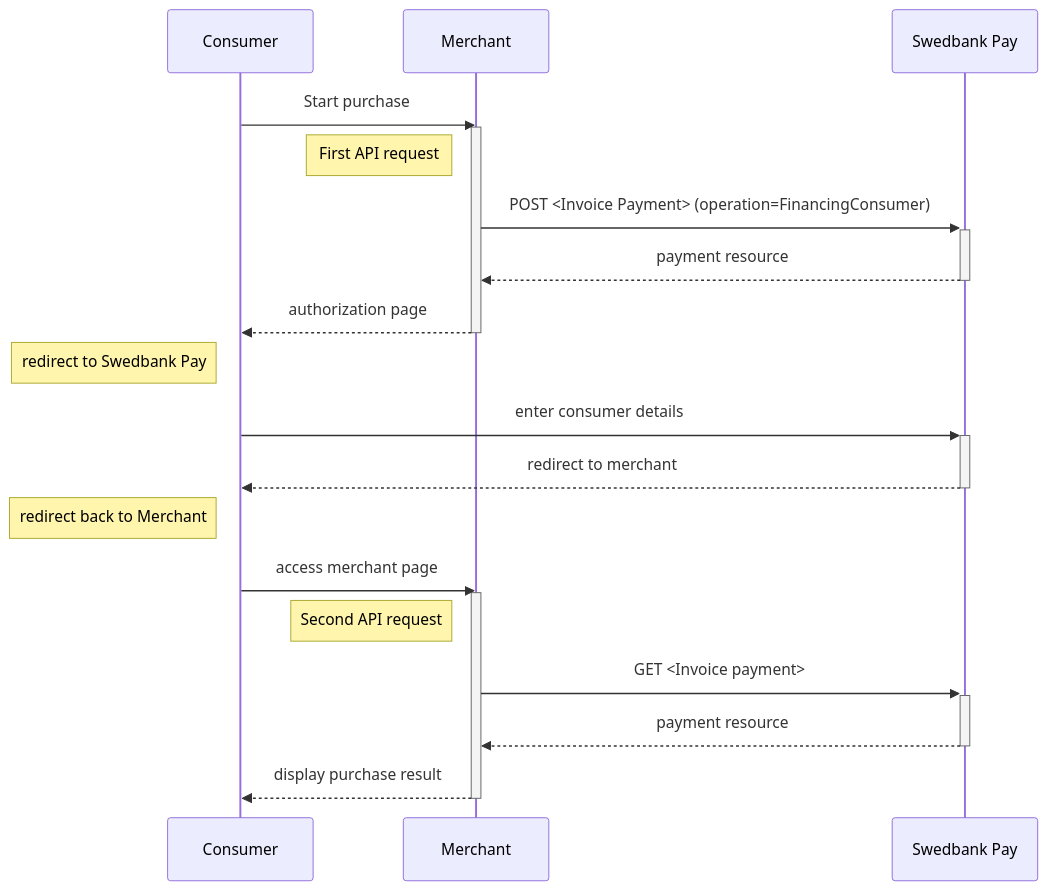
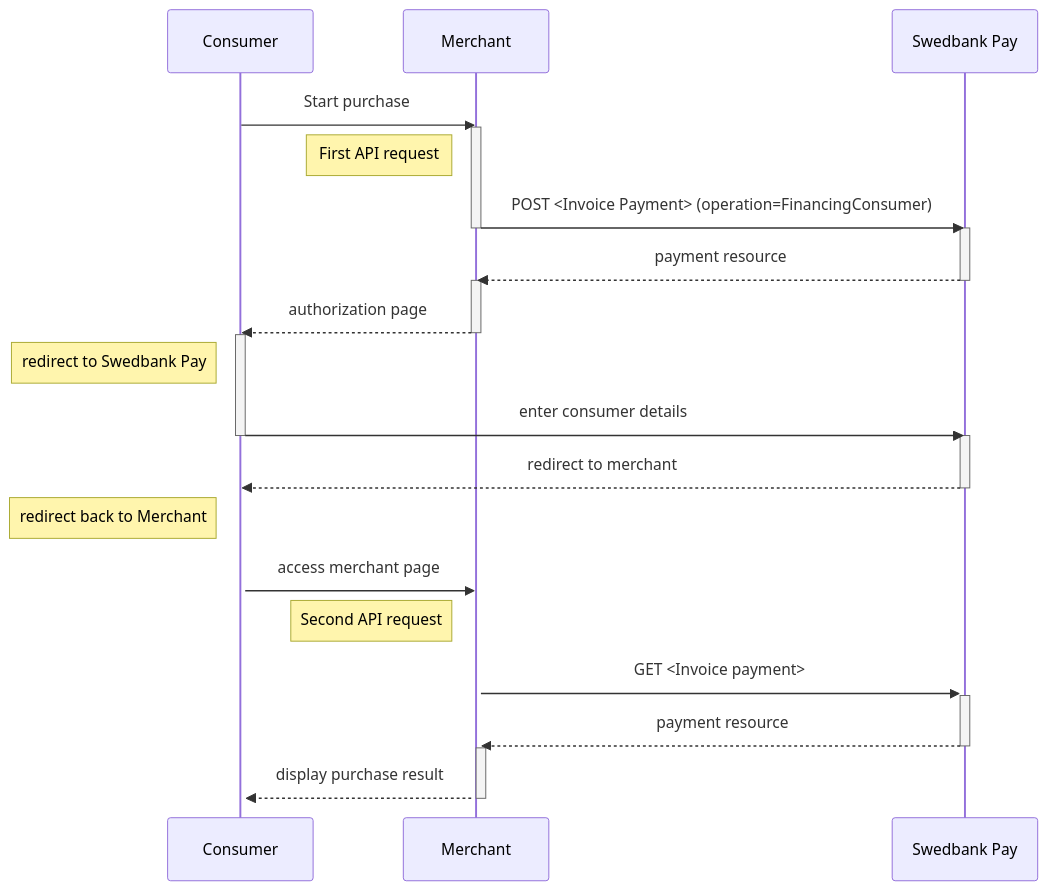
The diagram in payments/invoice/index.md (SwedbankPay/developer.swedbankpay.com), drawn with Mermaid before and after one commit. The commit also changed other lines of this file and 5 other files, not shown here.

````diff
--- a/payments/invoice/index.md
+++ b/payments/invoice/index.md
@@ -77,20 +82,25 @@
 ```mermaid
 sequenceDiagram
     Consumer->>Merchant: Start purchase
     activate Merchant
     note left of Merchant: First API request
-    Merchant->>+Swedbank Pay: POST <Invoice Payment> (operation=FinancingConsumer)
+    Merchant->>-Swedbank Pay: POST <Invoice Payment> (operation=FinancingConsumer)
+    activate Swedbank Pay
     Swedbank Pay-->>-Merchant: payment resource
+    activate Merchant
     Merchant-->>-Consumer: authorization page
+    activate Consumer
     note left of Consumer: redirect to Swedbank Pay
-    Consumer->>+Swedbank Pay: enter consumer details
+    Consumer->>-Swedbank Pay: enter consumer details
+    activate Swedbank Pay
     Swedbank Pay-->>-Consumer: redirect to merchant
+    activate Consumer
     note left of Consumer: redirect back to Merchant
     Consumer->>Merchant: access merchant page
     activate Merchant
     note left of Merchant: Second API request
     Merchant->>+Swedbank Pay: GET <Invoice payment>
     Swedbank Pay-->>-Merchant: payment resource
-    Merchant-->>Consumer: display purchase result
-    deactivate Merchant
+    activate Merchant
+    Merchant-->>-Consumer: display purchase result
 ```
````
